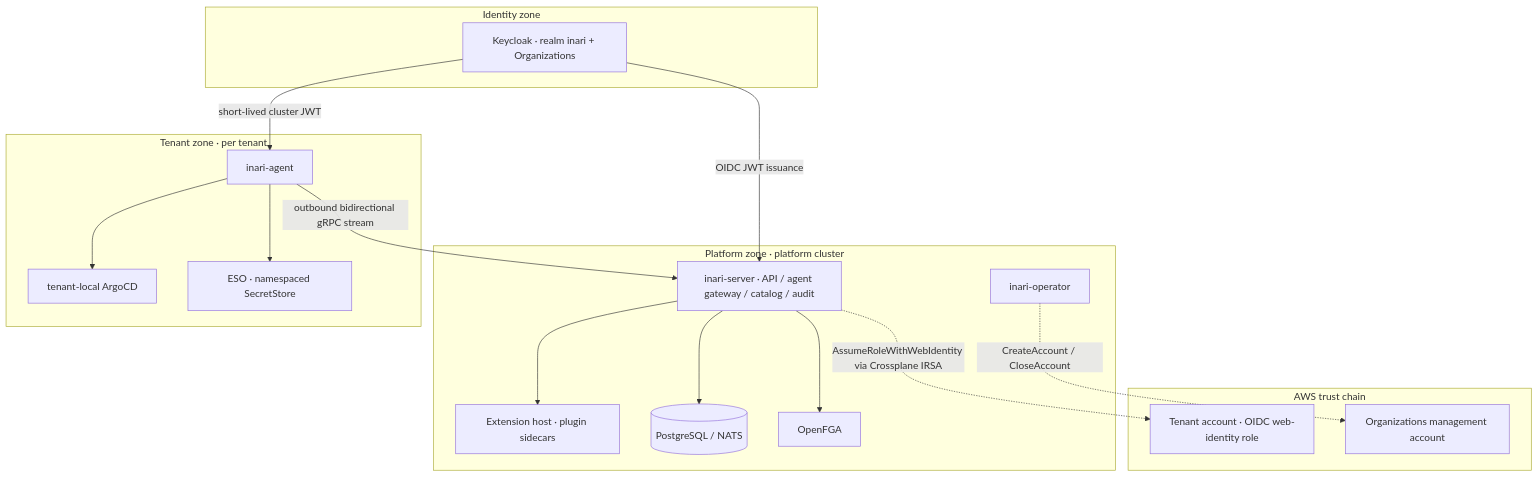
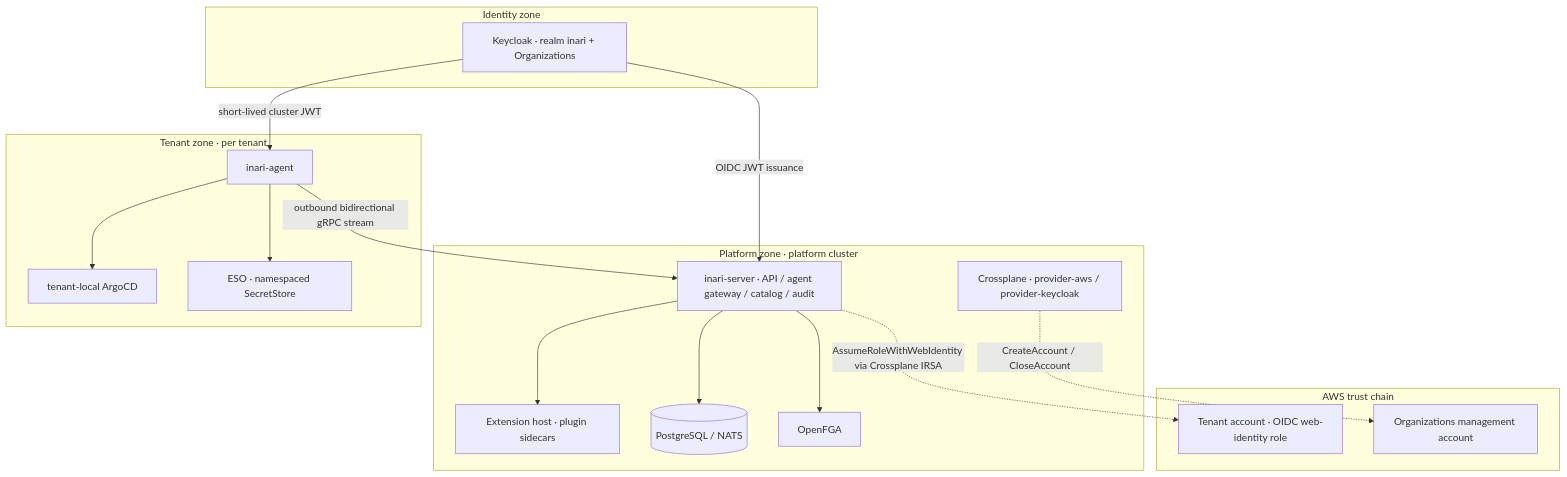
Before and after one commit to 7K-Inari/inari-docs: the diagram in docs/security/threat-model.md, drawn with Mermaid. The commit also changed other lines of this file and 8 other files, not shown here.

First line of the commit message:
docs: record the inari-operator sunset (ADR-0017) (#25)

````diff
--- a/docs/security/threat-model.md
+++ b/docs/security/threat-model.md
@@ -18,32 +18,32 @@
 ```mermaid
 flowchart TB
   subgraph IDZ[Identity zone]
     KC[Keycloak · realm inari + Organizations]
   end
   subgraph PZ[Platform zone · platform cluster]
     SRV[inari-server · API / agent gateway / catalog / audit]
     EXT[Extension host · plugin sidecars]
     DB[(PostgreSQL / NATS)]
     FGA[OpenFGA]
-    OPR[inari-operator]
+    XP[Crossplane · provider-aws / provider-keycloak]
   end
   subgraph TZ[Tenant zone · per tenant]
     AGT[inari-agent]
     ACD[tenant-local ArgoCD]
     ESO[ESO · namespaced SecretStore]
   end
   subgraph AWS[AWS trust chain]
     ACC[Tenant account · OIDC web-identity role]
     MGMT[Organizations management account]
   end
   KC -->|OIDC JWT issuance| SRV
   KC -->|short-lived cluster JWT| AGT
   AGT -->|outbound bidirectional gRPC stream| SRV
   SRV --> FGA
   SRV --> DB
   SRV --> EXT
   AGT --> ACD
   AGT --> ESO
   SRV -.->|AssumeRoleWithWebIdentity via Crossplane IRSA| ACC
-  OPR -.->|CreateAccount / CloseAccount| MGMT
+  XP -.->|CreateAccount / CloseAccount| MGMT
 ```
````
